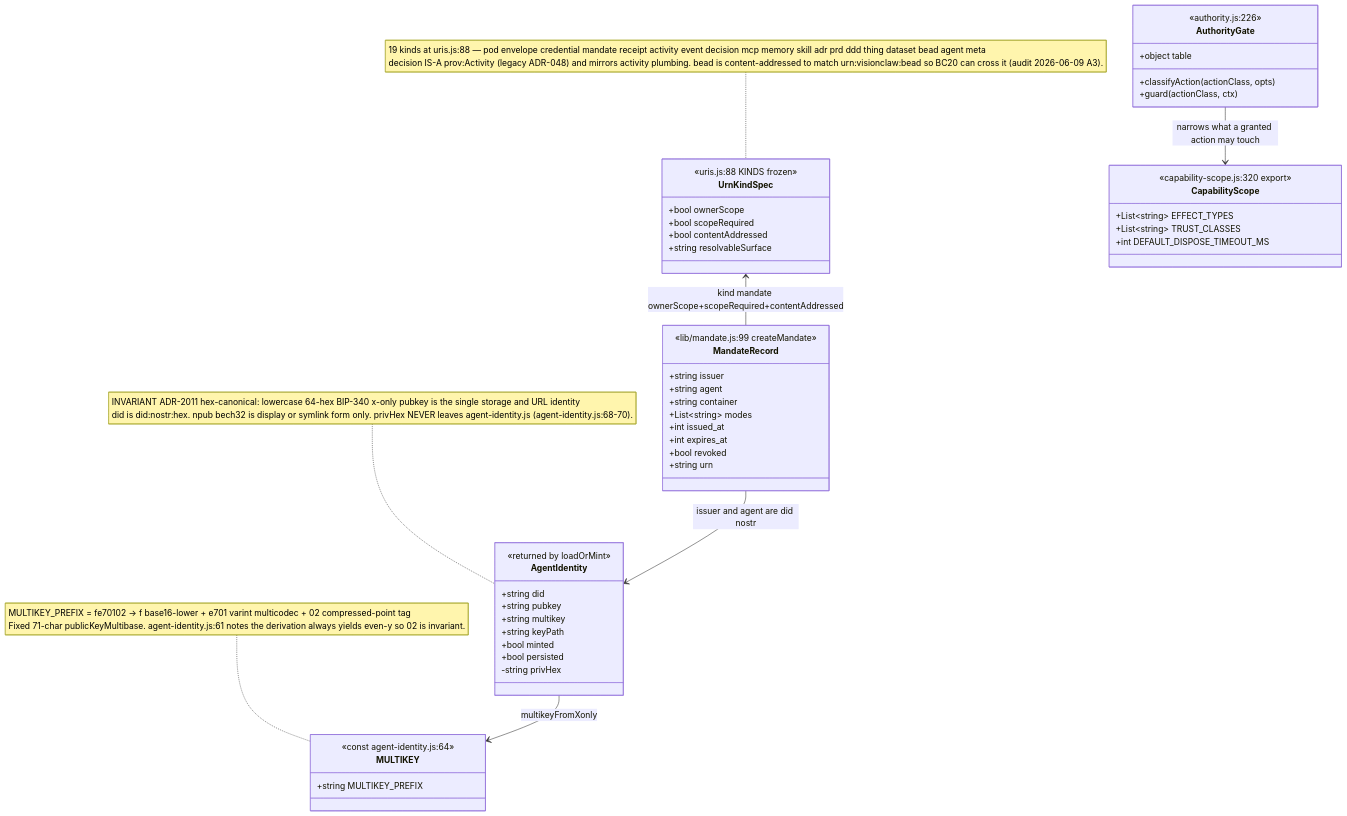
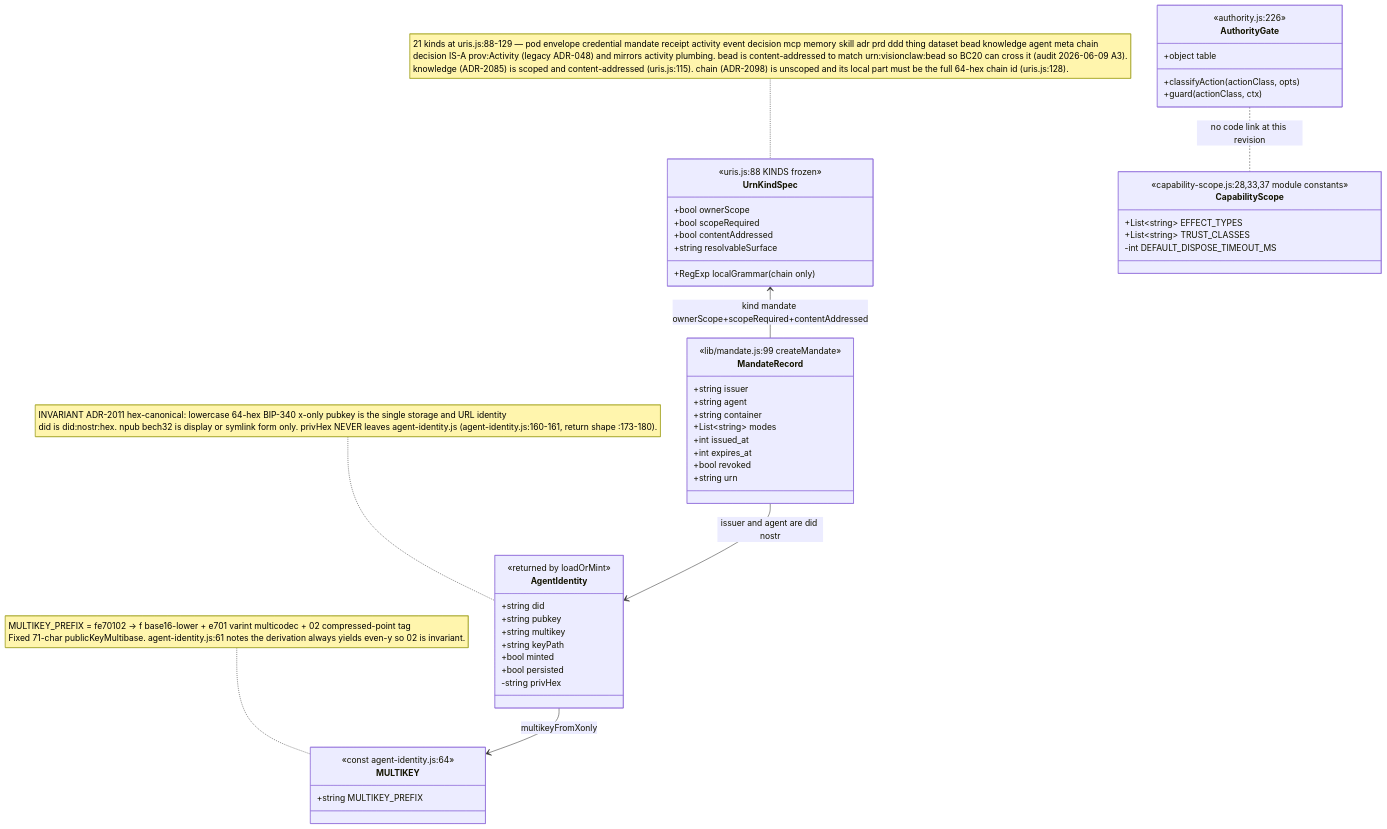
The first of 16 diagrams in docs/diagrams/agentbox/11-identity-did-mandate-authority.md (DreamLab-AI/VisionFlow), drawn with Mermaid before and after one commit. The commit also changed other lines of this file and 173 other files, not shown here.

````diff
--- a/docs/diagrams/agentbox/11-identity-did-mandate-authority.md
+++ b/docs/diagrams/agentbox/11-identity-did-mandate-authority.md
@@ -42,54 +43,55 @@
 ```mermaid
 classDiagram
     class AgentIdentity {
         <<returned by loadOrMint>>
         +string did
         +string pubkey
         +string multikey
         +string keyPath
         +bool minted
         +bool persisted
         -string privHex
     }
     class MULTIKEY {
         <<const agent-identity.js:64>>
         +string MULTIKEY_PREFIX
     }
     class UrnKindSpec {
         <<uris.js:88 KINDS frozen>>
         +bool ownerScope
         +bool scopeRequired
         +bool contentAddressed
         +string resolvableSurface
+        +RegExp localGrammar (chain only)
     }
     class MandateRecord {
         <<lib/mandate.js:99 createMandate>>
         +string issuer
         +string agent
         +string container
         +List~string~ modes
         +int issued_at
         +int expires_at
         +bool revoked
         +string urn
     }
     class AuthorityGate {
         <<authority.js:226>>
         +object table
         +classifyAction(actionClass, opts)
         +guard(actionClass, ctx)
     }
     class CapabilityScope {
-        <<capability-scope.js:320 export>>
+        <<capability-scope.js:28,33,37 module constants>>
         +List~string~ EFFECT_TYPES
         +List~string~ TRUST_CLASSES
-        +int DEFAULT_DISPOSE_TIMEOUT_MS
+        -int DEFAULT_DISPOSE_TIMEOUT_MS
     }
     AgentIdentity --> MULTIKEY : multikeyFromXonly
     UrnKindSpec <-- MandateRecord : kind mandate ownerScope+scopeRequired+contentAddressed
     MandateRecord --> AgentIdentity : issuer and agent are did nostr
-    AuthorityGate --> CapabilityScope : narrows what a granted action may touch
+    AuthorityGate .. CapabilityScope : no code link at this revision
     note for MULTIKEY "MULTIKEY_PREFIX = fe70102 -> f base16-lower + e701 varint multicodec + 02 compressed-point tag<br/>Fixed 71-char publicKeyMultibase. agent-identity.js:61 notes the derivation always yields even-y so 02 is invariant."
-    note for AgentIdentity "INVARIANT ADR-2011 hex-canonical: lowercase 64-hex BIP-340 x-only pubkey is the single storage and URL identity<br/>did is did:nostr:hex. npub bech32 is display or symlink form only. privHex NEVER leaves agent-identity.js (agent-identity.js:68-70)."
-    note for UrnKindSpec "19 kinds at uris.js:88 — pod envelope credential mandate receipt activity event decision mcp memory skill adr prd ddd thing dataset bead agent meta<br/>decision IS-A prov:Activity (legacy ADR-048) and mirrors activity plumbing. bead is content-addressed to match urn:visionclaw:bead so BC20 can cross it (audit 2026-06-09 A3)."
+    note for AgentIdentity "INVARIANT ADR-2011 hex-canonical: lowercase 64-hex BIP-340 x-only pubkey is the single storage and URL identity<br/>did is did:nostr:hex. npub bech32 is display or symlink form only. privHex NEVER leaves agent-identity.js (agent-identity.js:160-161, return shape :173-180)."
+    note for UrnKindSpec "21 kinds at uris.js:88-129 — pod envelope credential mandate receipt activity event decision mcp memory skill adr prd ddd thing dataset bead knowledge agent meta chain<br/>decision IS-A prov:Activity (legacy ADR-048) and mirrors activity plumbing. bead is content-addressed to match urn:visionclaw:bead so BC20 can cross it (audit 2026-06-09 A3).<br/>knowledge (ADR-2085) is scoped and content-addressed (uris.js:115). chain (ADR-2098) is unscoped and its local part must be the full 64-hex chain id (uris.js:128)."
 ```
````
